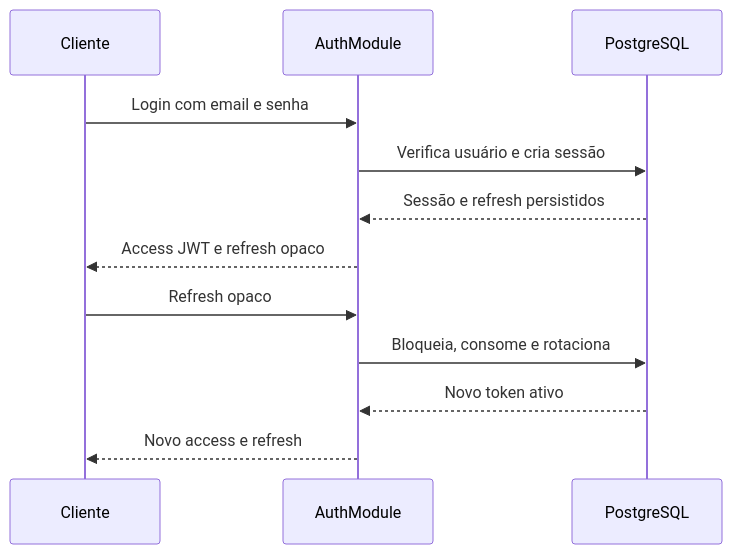
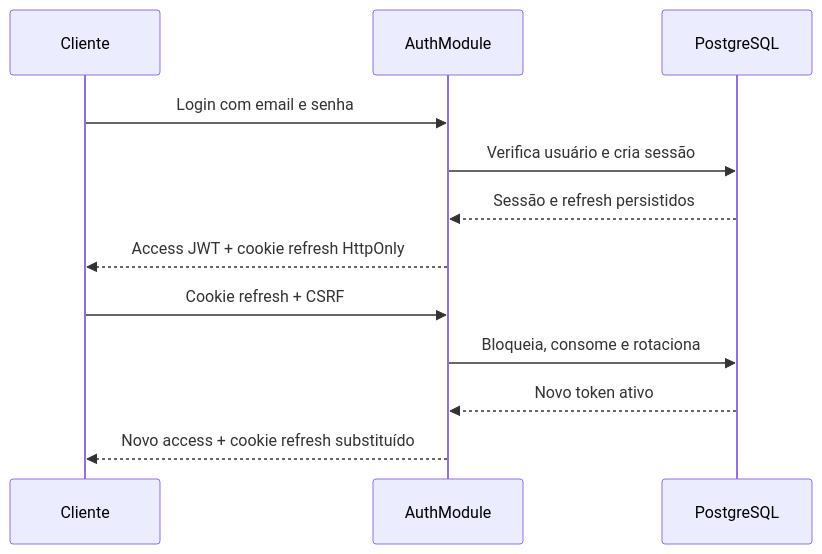
Before and after one commit to arthurportodev/genesis-platform-api: the third of 4 diagrams in docs/ARCHITECTURE.md, drawn with Mermaid. The commit also changed other lines of this file and 29 other files, not shown here.

````diff
--- a/docs/ARCHITECTURE.md
+++ b/docs/ARCHITECTURE.md
@@ -82,14 +90,14 @@
 ```mermaid
 sequenceDiagram
     participant C as Cliente
     participant A as AuthModule
     participant D as PostgreSQL
     C->>A: Login com email e senha
     A->>D: Verifica usuário e cria sessão
     D-->>A: Sessão e refresh persistidos
-    A-->>C: Access JWT e refresh opaco
-    C->>A: Refresh opaco
+    A-->>C: Access JWT + cookie refresh HttpOnly
+    C->>A: Cookie refresh + CSRF
     A->>D: Bloqueia, consome e rotaciona
     D-->>A: Novo token ativo
-    A-->>C: Novo access e refresh
+    A-->>C: Novo access + cookie refresh substituído
 ```
````
